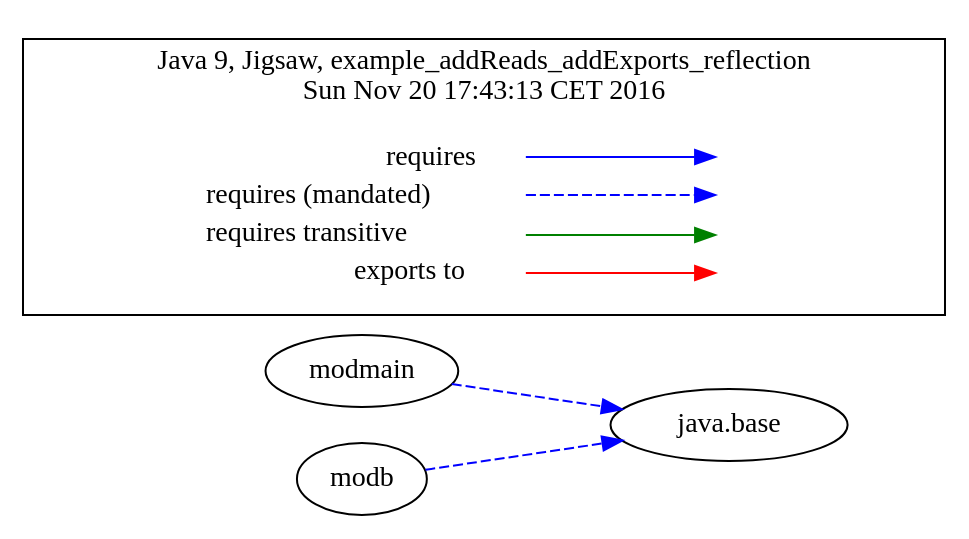
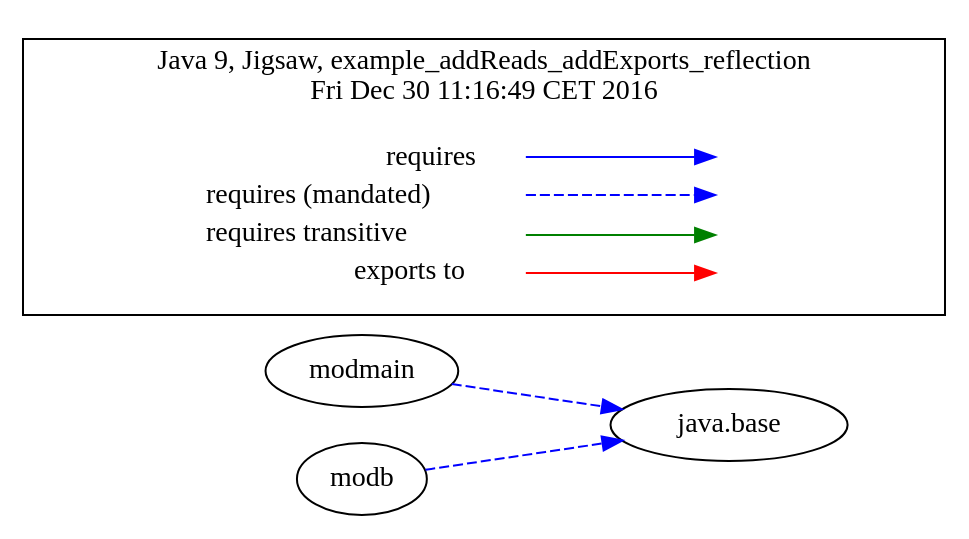
One commit to accso/java9-jigsaw-examples changed the diagram in jigsaw-examples/example_addReads_addExports_reflection/moduledependencies-withlegend.dot. Above: the diagram before and after it, drawn with Graphviz. The commit also changed 81 other files, not shown here.

```diff
--- a/jigsaw-examples/example_addReads_addExports_reflection/moduledependencies-withlegend.dot
+++ b/jigsaw-examples/example_addReads_addExports_reflection/moduledependencies-withlegend.dot
@@ -1,31 +1,31 @@
-# Created by depvis.JigsawDepVisualizer on Sun Nov 20 17:43:13 CET 2016
+# Created by depvis.JigsawDepVisualizer on Fri Dec 30 11:16:49 CET 2016
 digraph Java9_Dependency_Visualizer {
 modmain[fontname="Consolas",shape="ellipse",label="modmain"];
 java_base[fontname="Consolas",shape="ellipse",label="java.base"];
 modb[fontname="Consolas",shape="ellipse",label="modb"];
 modmain -> java_base[color="#0000ff",fontname="Consolas",fontcolor="#0000ff",style="dashed",weight="16"]
 modb -> java_base[color="#0000ff",fontname="Consolas",fontcolor="#0000ff",style="dashed",weight="16"]
 rankdir=LR
 node [shape=plaintext]
 subgraph cluster_01 { 
   label = "Java 9, Jigsaw, example_addReads_addExports_reflection
-Sun Nov 20 17:43:13 CET 2016"
+Fri Dec 30 11:16:49 CET 2016"
   fontname="Consolas"
   key [label=<<table border="0" cellpadding="2" cellspacing="0" cellborder="0">
     <tr><td align="right" port="i1">requires</td></tr>
     <tr><td align="right" port="i2">requires (mandated)</td></tr>
     <tr><td align="right" port="i3">requires transitive</td></tr>
     <tr><td align="right" port="i4">exports to</td></tr>
     </table>>,fontname="Consolas"]
   key2 [label=<<table border="0" cellpadding="2" cellspacing="0" cellborder="0">
     <tr><td port="i1">&nbsp;</td></tr>
     <tr><td port="i2">&nbsp;</td></tr>
     <tr><td port="i3">&nbsp;</td></tr>
     <tr><td port="i4">&nbsp;</td></tr>
     </table>>,fontname="Consolas"]
   key:i1:e -> key2:i1:w [color=BLUE]
   key:i2:e -> key2:i2:w [color=BLUE, style=dashed]
   key:i3:e -> key2:i3:w [color=GREEN]
   key:i4:e -> key2:i4:w [color=RED]
 }
 }
```
